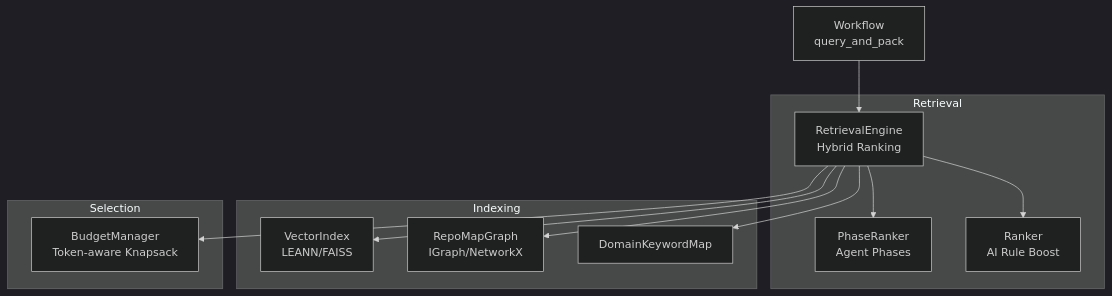
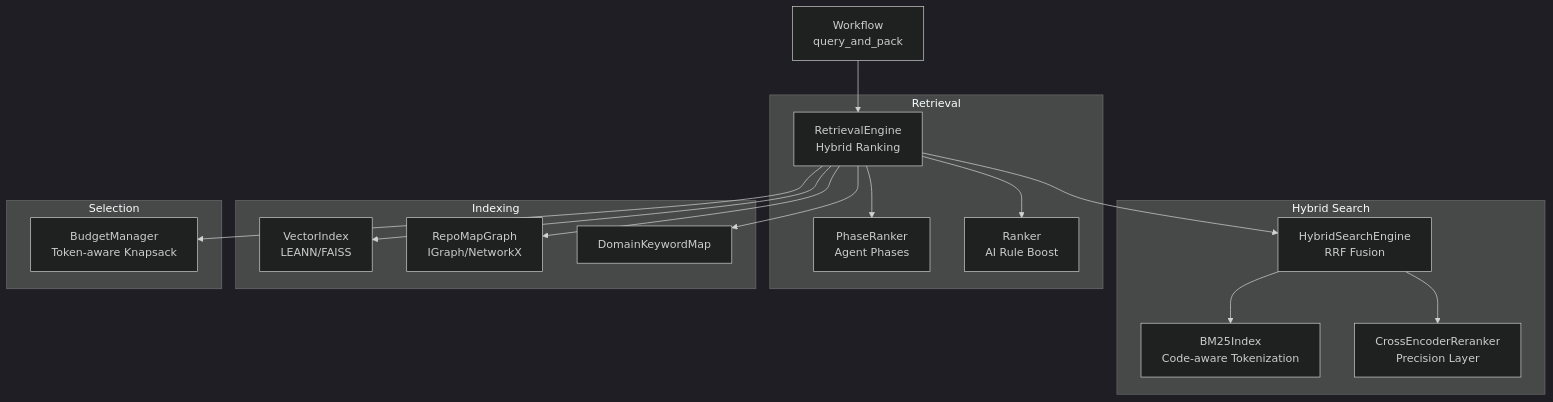
Before and after one commit to maemreyo/zmr-ctx-paker: the first of 8 diagrams in .qoder/repowiki/en/content/Core Modules/Retrieval System.md, drawn with Mermaid (dark theme). The commit also changed other lines of this file and 94 other files, not shown here.

````diff
--- a/.qoder/repowiki/en/content/Core Modules/Retrieval System.md
+++ b/.qoder/repowiki/en/content/Core Modules/Retrieval System.md
@@ -49,24 +68,32 @@
 ```mermaid
 graph TB
+subgraph "Hybrid Search"
+HE["HybridSearchEngine<br/>RRF Fusion"]
+BM25["BM25Index<br/>Code-aware Tokenization"]
+CE["CrossEncoderReranker<br/>Precision Layer"]
+end
 subgraph "Retrieval"
 R["RetrievalEngine<br/>Hybrid Ranking"]
 P["PhaseRanker<br/>Agent Phases"]
 AR["Ranker<br/>AI Rule Boost"]
 end
 subgraph "Indexing"
 VI["VectorIndex<br/>LEANN/FAISS"]
 G["RepoMapGraph<br/>IGraph/NetworkX"]
 DM["DomainKeywordMap"]
 end
 subgraph "Selection"
 BM["BudgetManager<br/>Token-aware Knapsack"]
 end
 Q["Workflow<br/>query_and_pack"]
 Q --> R
+R --> HE
 R --> VI
 R --> G
 R --> DM
 R --> AR
 R --> P
 R --> BM
+HE --> BM25
+HE --> CE
 ```
````
